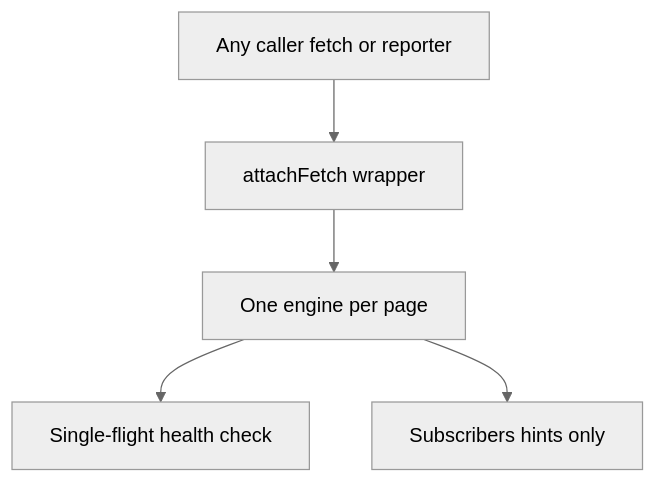
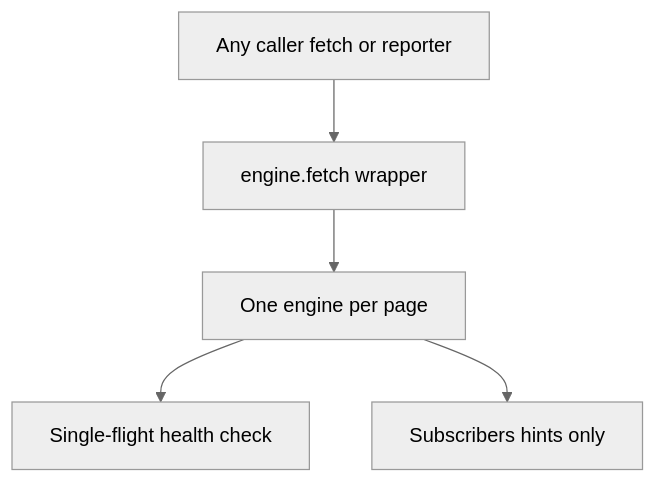
Before and after one commit to Underwood-Inc/idling.app__UI: the diagram in src/guides/offline-connectivity-engine/architecture.md, drawn with Mermaid (neutral theme). The commit also changed other lines of this file and 277 other files, not shown here.

````diff
--- a/src/guides/offline-connectivity-engine/architecture.md
+++ b/src/guides/offline-connectivity-engine/architecture.md
@@ -29,11 +35,11 @@
 ```mermaid
 flowchart TD
   callers[Any caller fetch or reporter]
-  attach[attachFetch wrapper]
+  attach[engine.fetch wrapper]
   engine[One engine per page]
   probe[Single-flight health check]
   callers --> attach
   attach --> engine
   engine --> probe
   engine --> readers[Subscribers hints only]
 ```
````
